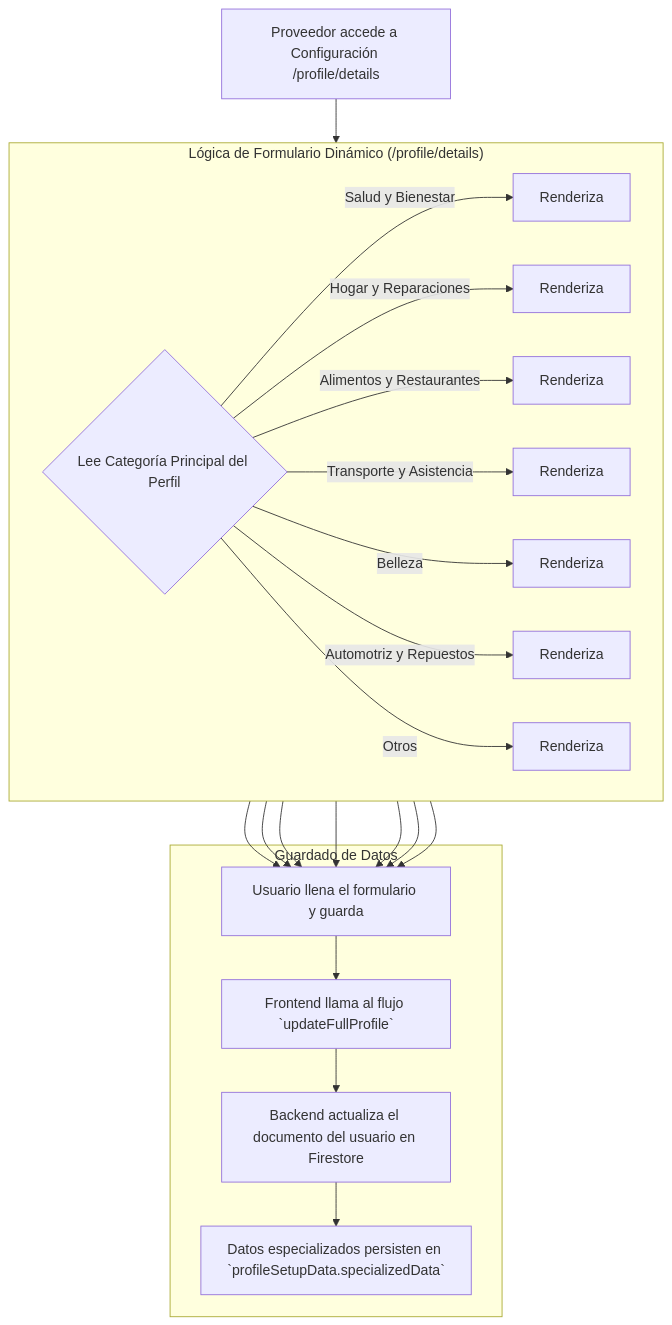
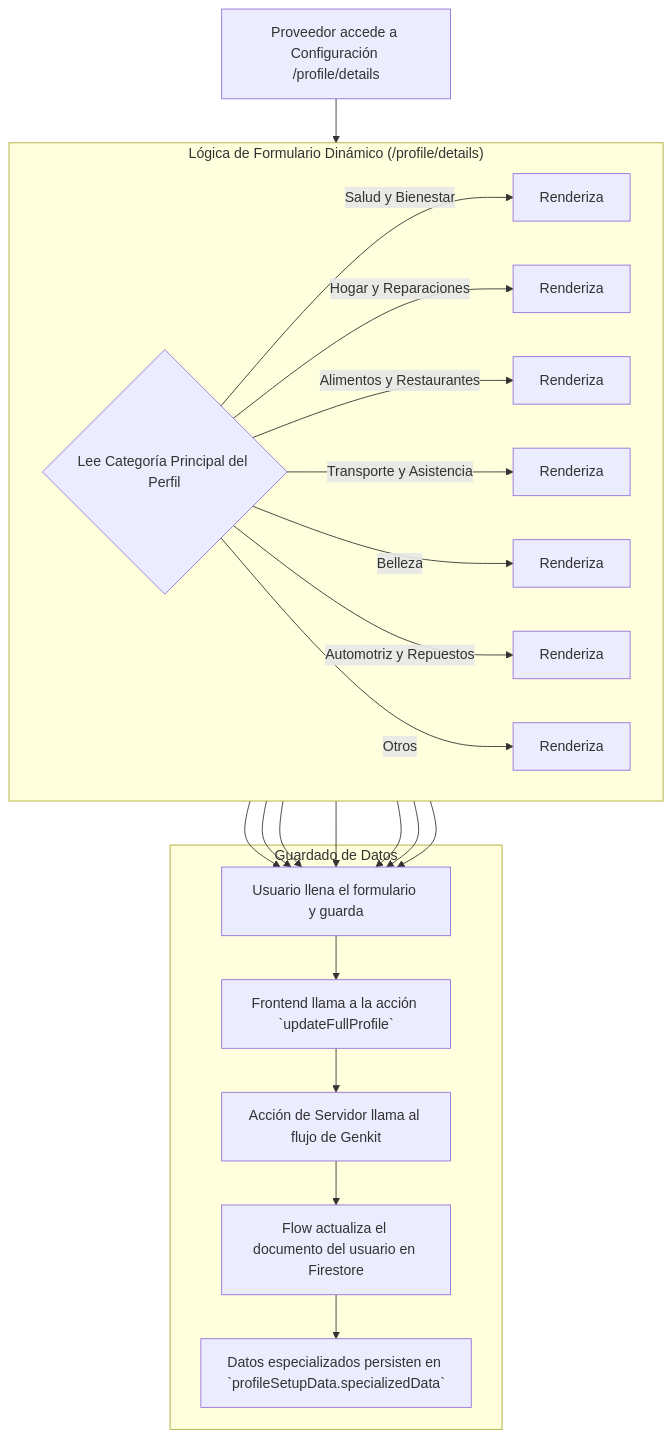
One commit to F3rnand04/corabO changed the second of 5 diagrams in src/FLOWCHARTS.md. Above: the diagram before and after it, drawn with Mermaid. The commit also changed other lines of this file and 3 other files, not shown here.

````diff
--- a/src/FLOWCHARTS.md
+++ b/src/FLOWCHARTS.md
@@ -31,28 +41,29 @@
 ```mermaid
 graph TD
     A[Proveedor accede a Configuración /profile/details] --> B{Lee Categoría Principal del Perfil};
     
     subgraph "Lógica de Formulario Dinámico (/profile/details)"
       direction LR
       B -- "Salud y Bienestar" --> D_Health[Renderiza <HealthFields />];
       B -- "Hogar y Reparaciones" --> D_Home[Renderiza <HomeRepairFields />];
       B -- "Alimentos y Restaurantes" --> D_Food[Renderiza <FoodAndRestaurantFields />];
       B -- "Transporte y Asistencia" --> D_Transport[Renderiza <TransportFields />];
       B -- "Belleza" --> D_Beauty[Renderiza <BeautyFields />];
       B -- "Automotriz y Repuestos" --> D_Auto[Renderiza <AutomotiveFields />];
       B -- "Otros" --> D_General[Renderiza <GeneralProviderFields />];
     end
     
     subgraph "Guardado de Datos"
       D_Health --> E[Usuario llena el formulario y guarda];
       D_Home --> E;
       D_Food --> E;
       D_Transport --> E;
       D_Beauty --> E;
       D_Auto --> E;
       D_General --> E;
-      E --> F_FE[Frontend llama al flujo `updateFullProfile`];
-      F_FE --> G_BE[Backend actualiza el documento del usuario en Firestore];
-      G_BE --> H[Datos especializados persisten en `profileSetupData.specializedData`];
+      E --> F_FE[Frontend llama a la acción `updateFullProfile`];
+      F_FE --> G_BE[Acción de Servidor llama al flujo de Genkit];
+      G_BE --> H[Flow actualiza el documento del usuario en Firestore];
+      H --> I[Datos especializados persisten en `profileSetupData.specializedData`];
     end
 ```
````
